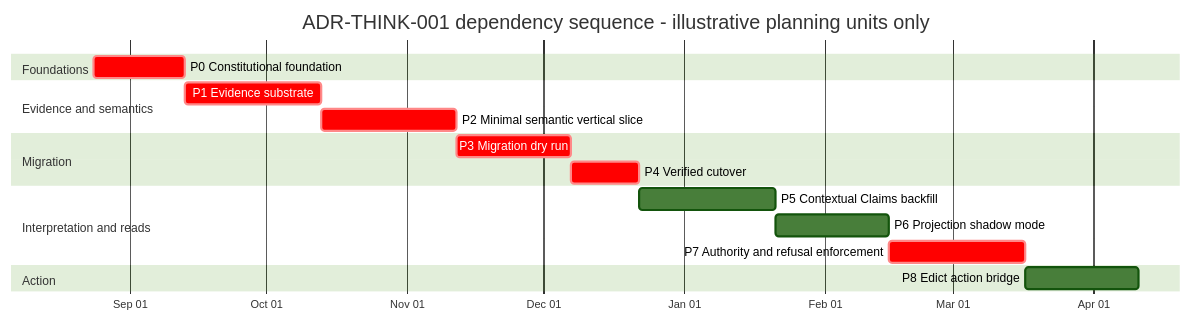
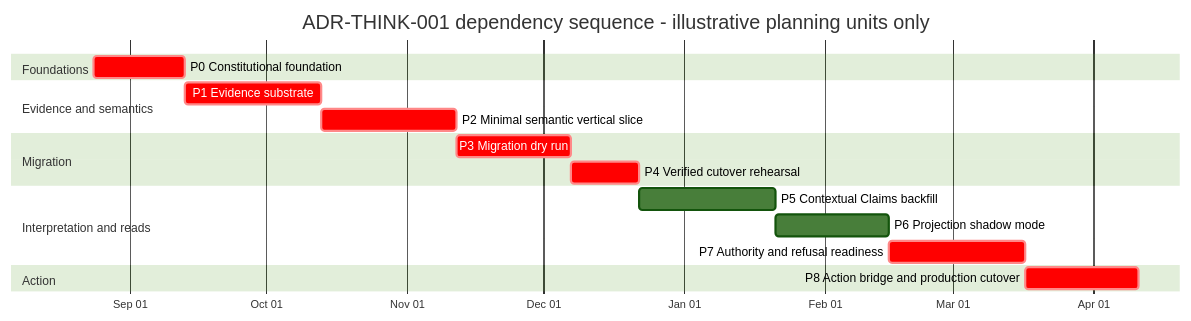
Before and after one commit to flyingrobots/think: diagram 34 of 37 in docs/design/ADR-THINK-001-delivery-plan.md, drawn with Mermaid (forest theme). The commit also changed other lines of this file and 9 other files, not shown here.

````diff
--- a/docs/design/ADR-THINK-001-delivery-plan.md
+++ b/docs/design/ADR-THINK-001-delivery-plan.md
@@ -1335,25 +1344,25 @@
 ```mermaid
 gantt
     title ADR-THINK-001 dependency sequence - illustrative planning units only
     dateFormat YYYY-MM-DD
     axisFormat %b %d
 
     section Foundations
     P0 Constitutional foundation             :crit, p0, 2026-08-24, 20d
 
     section Evidence and semantics
     P1 Evidence substrate                    :crit, p1, after p0, 30d
     P2 Minimal semantic vertical slice       :crit, p2, after p1, 30d
 
     section Migration
     P3 Migration dry run                     :crit, p3, after p2, 25d
-    P4 Verified cutover                      :crit, p4, after p3, 15d
+    P4 Verified cutover rehearsal            :crit, p4, after p3, 15d
 
     section Interpretation and reads
     P5 Contextual Claims backfill             :p5, after p4, 30d
     P6 Projection shadow mode                :p6, after p5, 25d
-    P7 Authority and refusal enforcement     :crit, p7, after p6, 30d
+    P7 Authority and refusal readiness       :crit, p7, after p6, 30d
 
     section Action
-    P8 Edict action bridge                   :p8, after p7, 25d
+    P8 Action bridge and production cutover  :crit, p8, after p7, 25d
 ```
````
